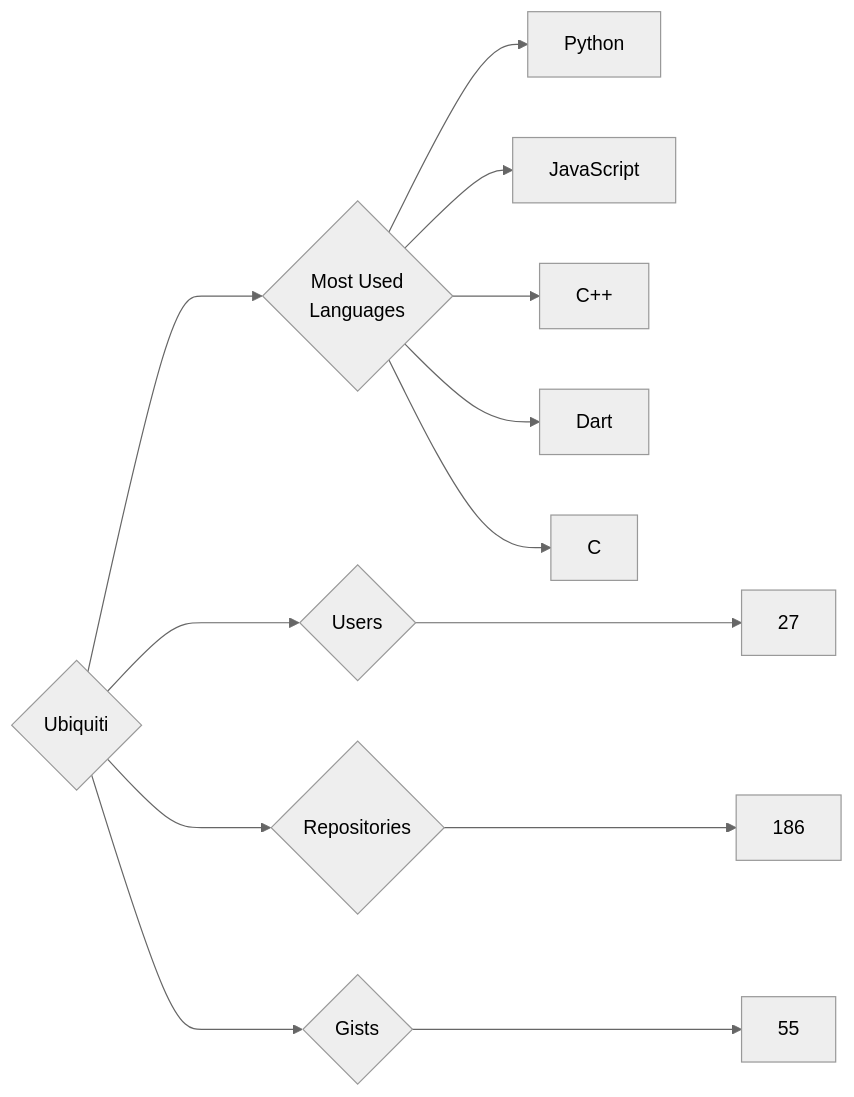
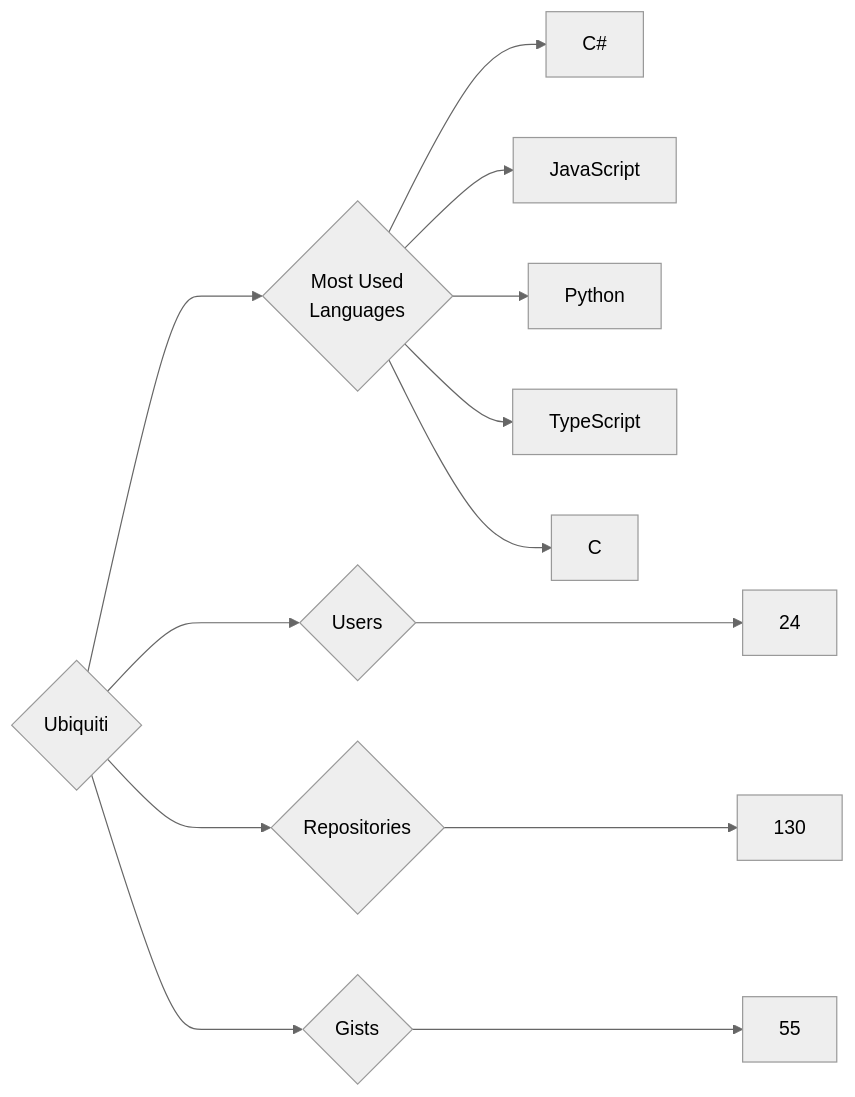
Before and after one commit to trickest/insiders: the diagram in targets/Ubiquiti/README.md, drawn with Mermaid (neutral theme). The commit also changed 682 other files, not shown here.

````diff
--- a/targets/Ubiquiti/README.md
+++ b/targets/Ubiquiti/README.md
@@ -3,13 +3,13 @@
 ```mermaid
 graph LR
 COMPANY_NAME{Ubiquiti}
-COMPANY_NAME ---> U{Users} ---> UN[27]
-COMPANY_NAME ---> R{Repositories} ---> RN[186]
+COMPANY_NAME ---> U{Users} ---> UN[24]
+COMPANY_NAME ---> R{Repositories} ---> RN[130]
 COMPANY_NAME ---> G{Gists} ---> GN[55]
 COMPANY_NAME ---> ML{Most Used<br>Languages}
+ML --> C#[C#]
+ML --> JavaScript[JavaScript]
 ML --> Python[Python]
-ML --> JavaScript[JavaScript]
-ML --> C++[C++]
-ML --> Dart[Dart]
+ML --> TypeScript[TypeScript]
 ML --> C[C]
 ```
````
